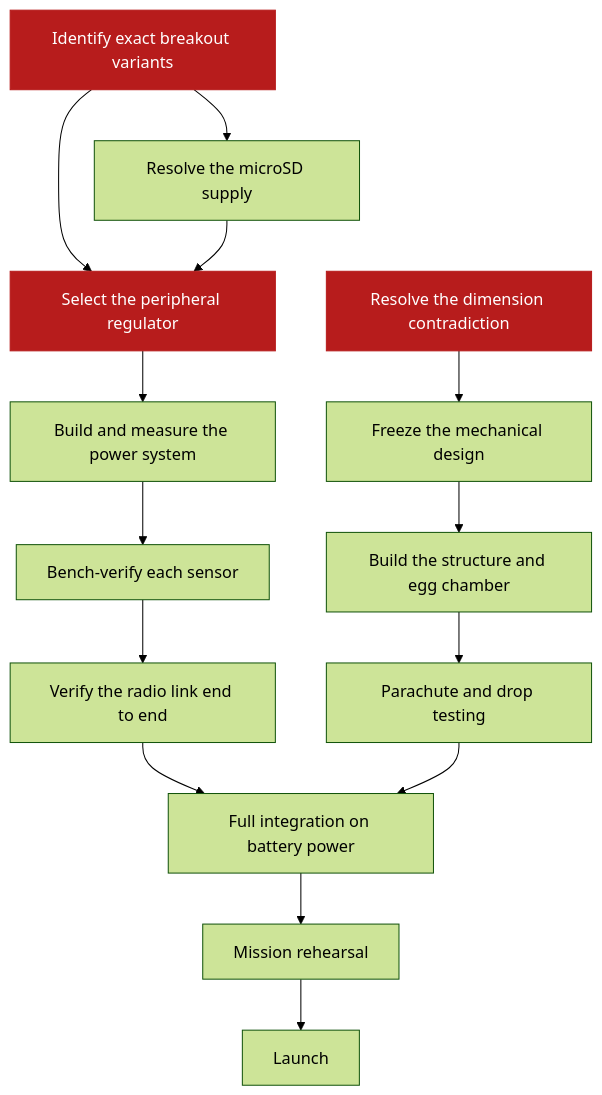
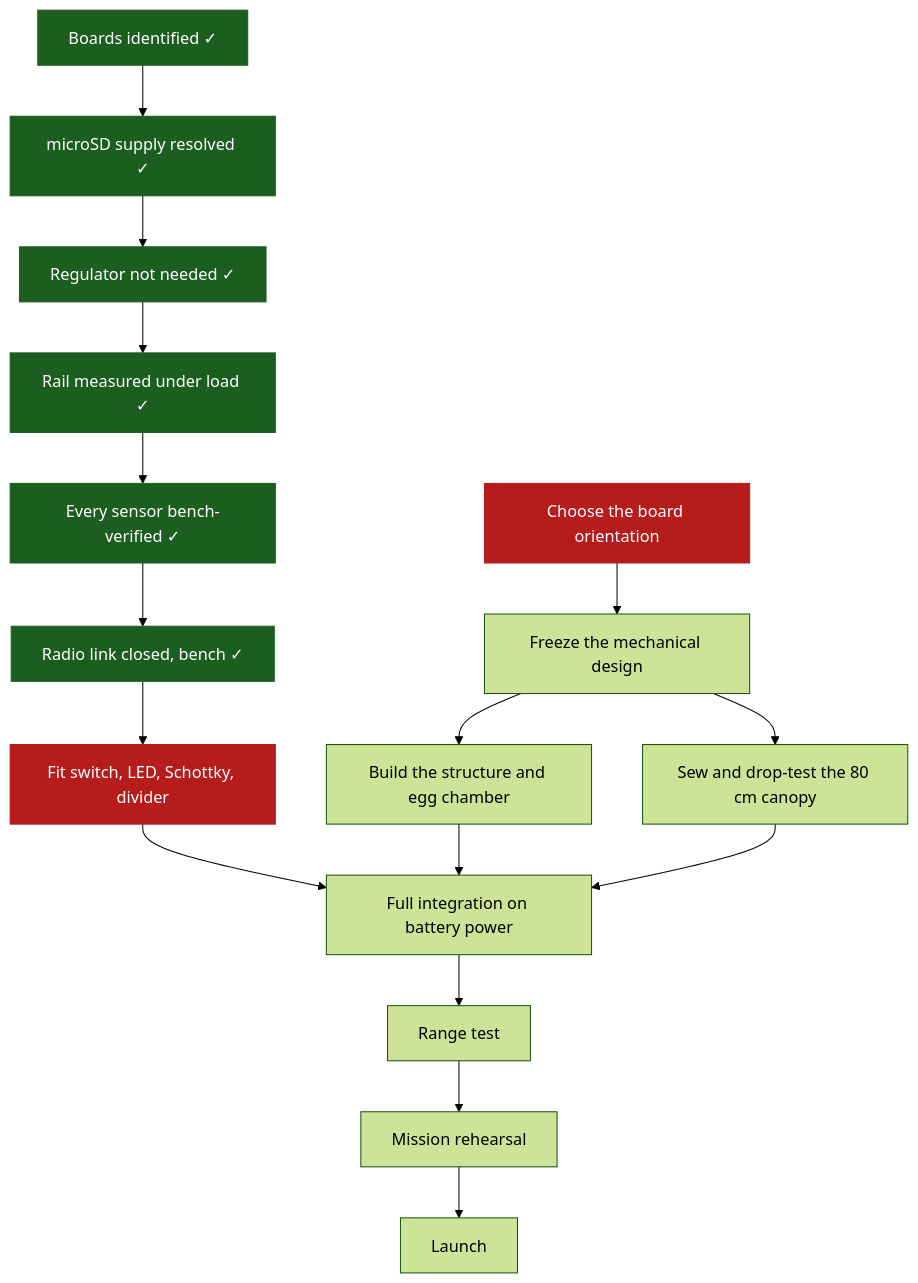
Before and after one commit to KunjSorathiya/CanSat-2026: the fourth of 4 diagrams in documentation/project/timeline.md, drawn with Mermaid (forest theme). The commit also changed other lines of this file and 56 other files, not shown here.

````diff
--- a/documentation/project/timeline.md
+++ b/documentation/project/timeline.md
@@ -220,18 +231,21 @@
 ```mermaid
 flowchart TD
-    A["Identify exact breakout variants"] --> B["Resolve the microSD supply"]
-    A --> C["Select the peripheral regulator"]
-    B --> C
-    C --> D["Build and measure the power system"]
-    D --> E["Bench-verify each sensor"]
-    E --> F["Verify the radio link end to end"]
-    F --> G["Full integration on battery power"]
-    H["Resolve the dimension contradiction"] --> I["Freeze the mechanical design"]
+    A["Boards identified ✓"] --> B["microSD supply resolved ✓"]
+    B --> C["Regulator not needed ✓"]
+    C --> D["Rail measured under load ✓"]
+    D --> E["Every sensor bench-verified ✓"]
+    E --> F["Radio link closed, bench ✓"]
+    F --> N["Fit switch, LED, Schottky, divider"]
+    N --> G["Full integration on battery power"]
+    H["Choose the board orientation"] --> I["Freeze the mechanical design"]
     I --> J["Build the structure and egg chamber"]
-    J --> K["Parachute and drop testing"]
+    I --> K["Sew and drop-test the 80 cm canopy"]
+    J --> G
     K --> G
-    G --> L["Mission rehearsal"] --> M["Launch"]
+    G --> O["Range test"] --> L["Mission rehearsal"] --> M["Launch"]
 
+    classDef done fill:#1b5e20,stroke:#1b5e20,color:#fff
     classDef blocker fill:#b71c1c,stroke:#b71c1c,color:#fff
-    class A,C,H blocker
+    class A,B,C,D,E,F done
+    class H,N blocker
 ```
````
